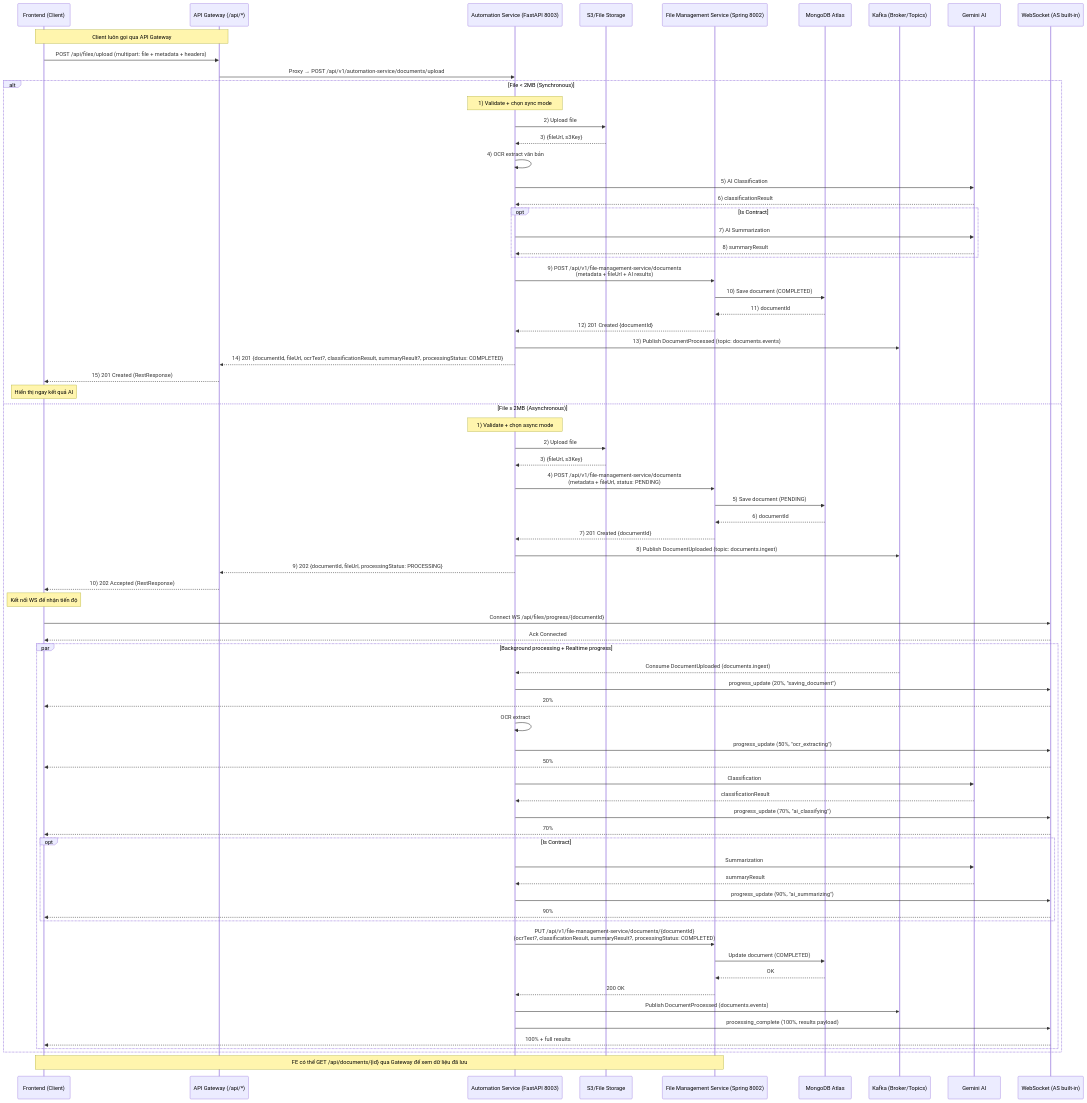
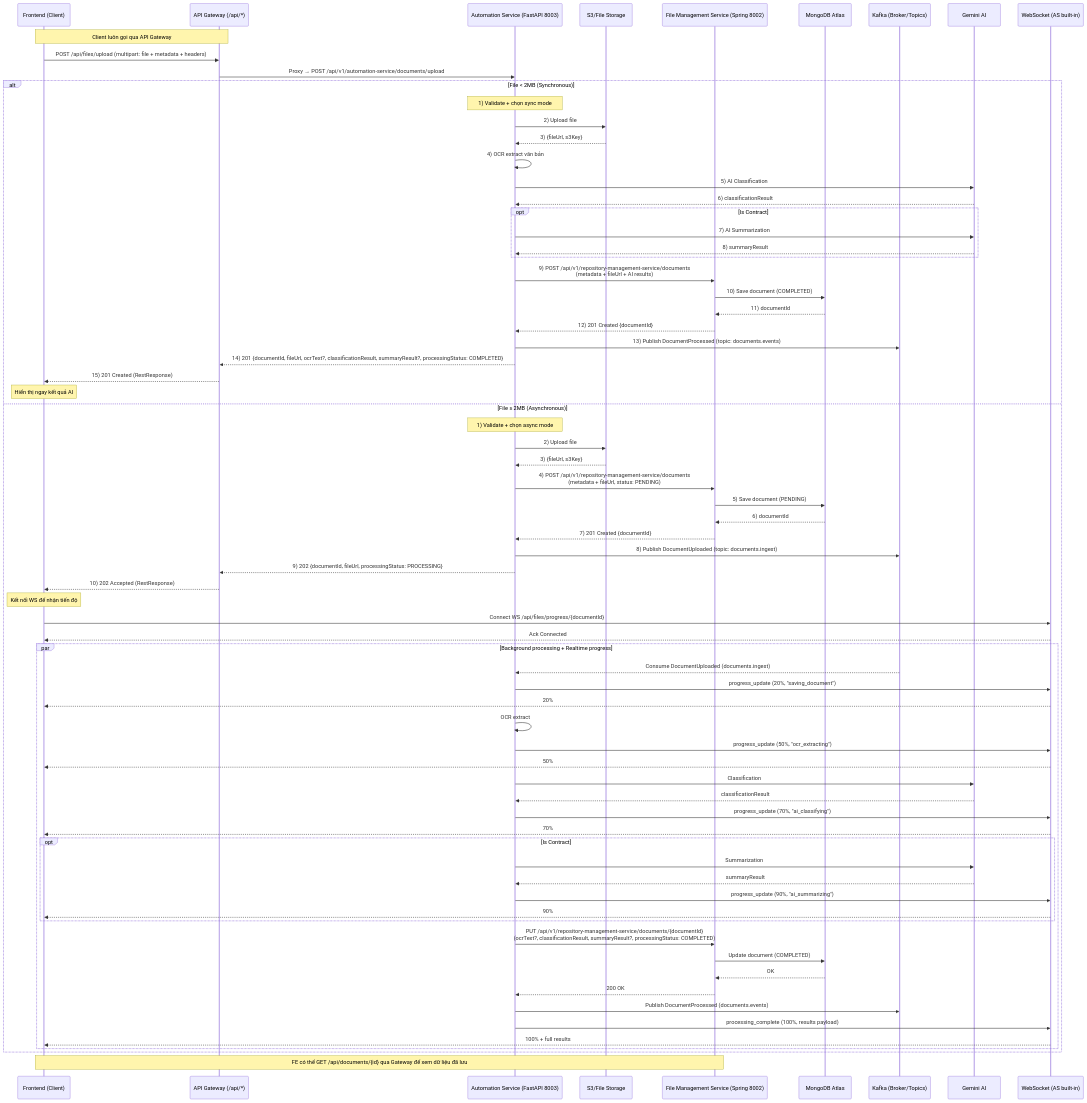
Before and after one commit to DevGO2003/DocGO-private: the diagram in .windsurf/documents/architecture/sequence-kafka-mongodb.md, drawn with Mermaid. The commit also changed 127 other files, not shown here.

```diff
--- a/.windsurf/documents/architecture/sequence-kafka-mongodb.md
+++ b/.windsurf/documents/architecture/sequence-kafka-mongodb.md
@@ -28,7 +28,7 @@
             AI-->>AS: 8) summaryResult
         end
 
-        AS->>DS: 9) POST /api/v1/file-management-service/documents<br/>(metadata + fileUrl + AI results)
+        AS->>DS: 9) POST /api/v1/repository-management-service/documents<br/>(metadata + fileUrl + AI results)
         DS->>MDB: 10) Save document (COMPLETED)
         MDB-->>DS: 11) documentId
         DS-->>AS: 12) 201 Created {documentId}
@@ -43,7 +43,7 @@
         AS->>S3: 2) Upload file
         S3-->>AS: 3) {fileUrl, s3Key}
 
-        AS->>DS: 4) POST /api/v1/file-management-service/documents<br/>(metadata + fileUrl, status: PENDING)
+        AS->>DS: 4) POST /api/v1/repository-management-service/documents<br/>(metadata + fileUrl, status: PENDING)
         DS->>MDB: 5) Save document (PENDING)
         MDB-->>DS: 6) documentId
         DS-->>AS: 7) 201 Created {documentId}
@@ -76,7 +76,7 @@
                 WS-->>FE: 90%
             end
 
-            AS->>DS: PUT /api/v1/file-management-service/documents/{documentId}<br/>(ocrText?, classificationResult, summaryResult?, processingStatus: COMPLETED)
+            AS->>DS: PUT /api/v1/repository-management-service/documents/{documentId}<br/>(ocrText?, classificationResult, summaryResult?, processingStatus: COMPLETED)
             DS->>MDB: Update document (COMPLETED)
             MDB-->>DS: OK
             DS-->>AS: 200 OK
```
